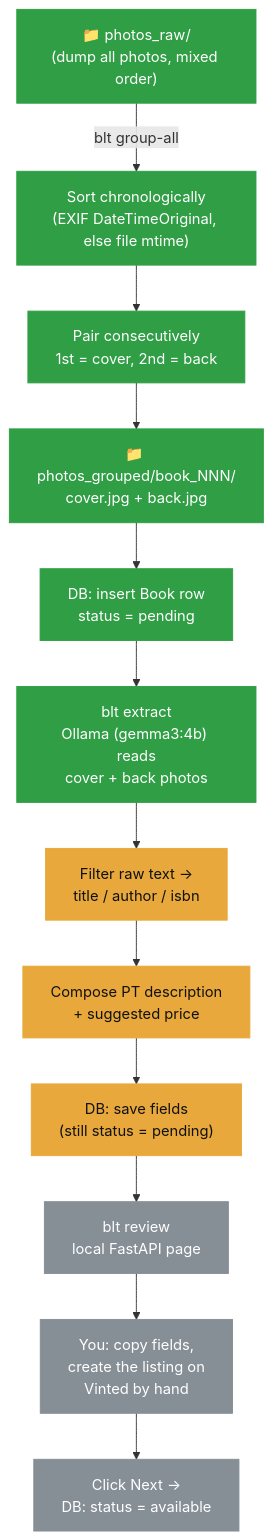
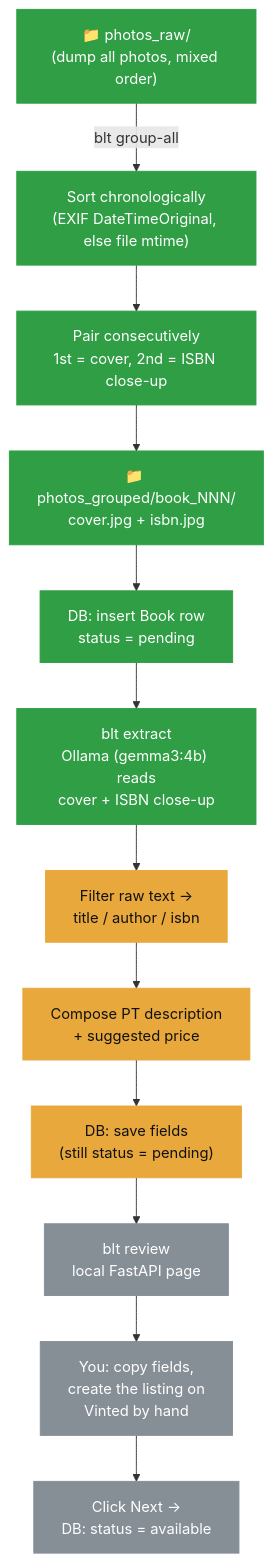
One commit to gab-es21/book-listing-automation changed the diagram in README.md. Above: the diagram before and after it, drawn with Mermaid. The commit also changed 4 other files, not shown here.

First line of the commit message:
Switch second photo from full back cover to a close-up ISBN shot

````diff
--- a/README.md
+++ b/README.md
@@ -13,24 +13,24 @@
 ```mermaid
 flowchart TD
     A["📁 photos_raw/\n(dump all photos, mixed order)"] -->|"blt group-all"| B["Sort chronologically\n(EXIF DateTimeOriginal, else file mtime)"]
-    B --> C["Pair consecutively\n1st = cover, 2nd = back"]
-    C --> D["📁 photos_grouped/book_NNN/\ncover.jpg + back.jpg"]
+    B --> C["Pair consecutively\n1st = cover, 2nd = ISBN close-up"]
+    C --> D["📁 photos_grouped/book_NNN/\ncover.jpg + isbn.jpg"]
     D --> E["DB: insert Book row\nstatus = pending"]
 
-    E --> F["blt extract\nOllama (gemma3:4b) reads\ncover + back photos"]
+    E --> F["blt extract\nOllama (gemma3:4b) reads\ncover + ISBN close-up"]
     F --> G["Filter raw text →\ntitle / author / isbn"]
     G --> H["Compose PT description\n+ suggested price"]
     H --> I["DB: save fields\n(still status = pending)"]
 
     I --> J["blt review\nlocal FastAPI page"]
     J --> K["You: copy fields,\ncreate the listing on\nVinted by hand"]
     K --> L["Click Next →\nDB: status = available"]
 
     class A,B,C,D,E,F done
     class G,H,I building
     class J,K,L todo
 
     classDef done fill:#2f9e44,color:#fff,stroke:#2f9e44
     classDef building fill:#e8a83b,color:#111,stroke:#e8a83b
     classDef todo fill:#868e96,color:#fff,stroke:#868e96
 ```
````
